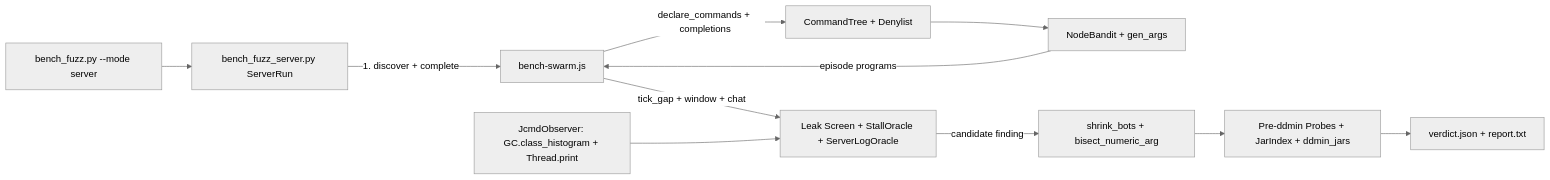
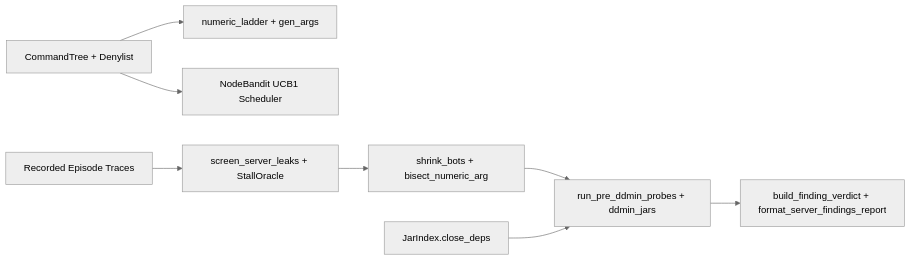
One commit to DailyStruggle/RTP changed the diagram in .junie/plans/adr-125-whole-server-discovery-fuzzing.md. Above: the diagram before and after it, drawn with Mermaid (neutral theme). The commit also changed other lines of this file and 397 other files, not shown here.

````diff
--- a/.junie/plans/adr-125-whole-server-discovery-fuzzing.md
+++ b/.junie/plans/adr-125-whole-server-discovery-fuzzing.md
@@ -204,13 +164,10 @@
 ```mermaid
 graph LR
-  CLI[bench_fuzz.py --mode server] --> SRV[bench_fuzz_server.py ServerRun]
-  SRV -->|1. discover + complete| SW[bench-swarm.js]
-  SW -->|declare_commands + completions| TREE[CommandTree + Denylist]
-  TREE --> BANDIT[NodeBandit + gen_args]
-  BANDIT -->|episode programs| SW
-  SW -->|tick_gap + window + chat| ORACLES[Leak Screen + StallOracle + ServerLogOracle]
-  JCMD[JcmdObserver: GC.class_histogram + Thread.print] --> ORACLES
-  ORACLES -->|candidate finding| SHRINK[shrink_bots + bisect_numeric_arg]
-  SHRINK --> DDMIN[Pre-ddmin Probes + JarIndex + ddmin_jars]
-  DDMIN --> REPORT[verdict.json + report.txt]
+  TREE[CommandTree + Denylist] --> GEN[numeric_ladder + gen_args]
+  TREE --> BANDIT[NodeBandit UCB1 Scheduler]
+  TRACE[Recorded Episode Traces] --> ORACLES[screen_server_leaks + StallOracle]
+  ORACLES --> REDUCE[shrink_bots + bisect_numeric_arg]
+  REDUCE --> DDMIN[run_pre_ddmin_probes + ddmin_jars]
+  JAR[JarIndex.close_deps] --> DDMIN
+  DDMIN --> VERDICT[build_finding_verdict + format_server_findings_report]
 ```
````
